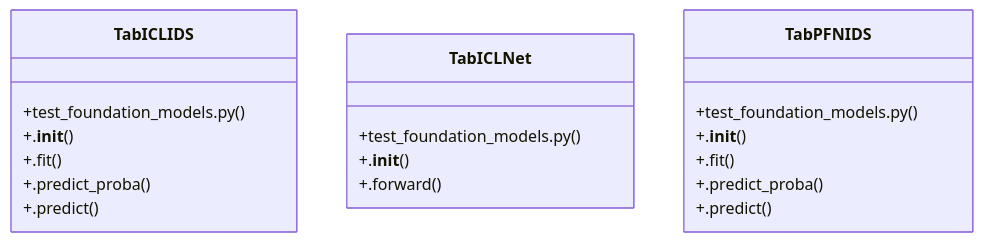
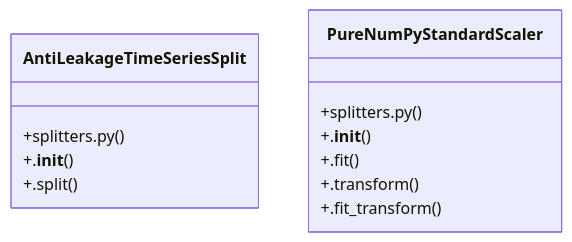
Before and after one commit to FY72X9/is_ai-vuln: the diagram in graphify-out/wiki/Community_9.md, drawn with Mermaid. The commit also changed other lines of this file and 108 other files, not shown here.

Commit message:
docs: add generated knowledge graph wiki and cache files

````diff
--- a/graphify-out/wiki/Community_9.md
+++ b/graphify-out/wiki/Community_9.md
@@ -27,22 +27,15 @@
 ```mermaid
 classDiagram
-    class TabICLIDS {
-        +test_foundation_models.py()
+    class AntiLeakageTimeSeriesSplit {
+        +splitters.py()
+        +.__init__()
+        +.split()
+    }
+    class PureNumPyStandardScaler {
+        +splitters.py()
         +.__init__()
         +.fit()
-        +.predict_proba()
-        +.predict()
-    }
-    class TabICLNet {
-        +test_foundation_models.py()
-        +.__init__()
-        +.forward()
-    }
-    class TabPFNIDS {
-        +test_foundation_models.py()
-        +.__init__()
-        +.fit()
-        +.predict_proba()
-        +.predict()
+        +.transform()
+        +.fit_transform()
     }
 ```
````
